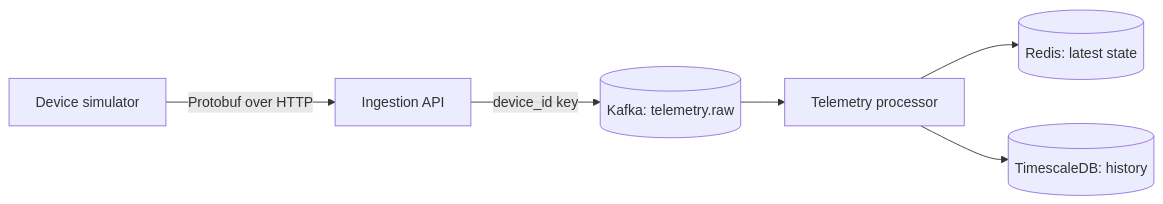
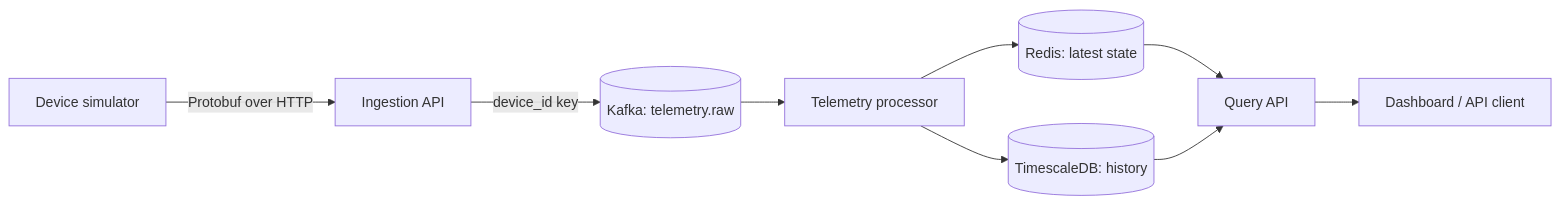
One commit to ask-kumbar/PulseGrid changed the diagram in README.md. Above: the diagram before and after it, drawn with Mermaid. The commit also changed other lines of this file and 7 other files, not shown here.

Commit message:
Add telemetry query API

````diff
--- a/README.md
+++ b/README.md
@@ -14,8 +14,11 @@
 ```mermaid
 flowchart LR
   D[Device simulator] -->|Protobuf over HTTP| A[Ingestion API]
   A -->|device_id key| K[(Kafka: telemetry.raw)]
   K --> P[Telemetry processor]
   P --> R[(Redis: latest state)]
   P --> T[(TimescaleDB: history)]
+  R --> Q[Query API]
+  T --> Q
+  Q --> C[Dashboard / API client]
 ```
````
